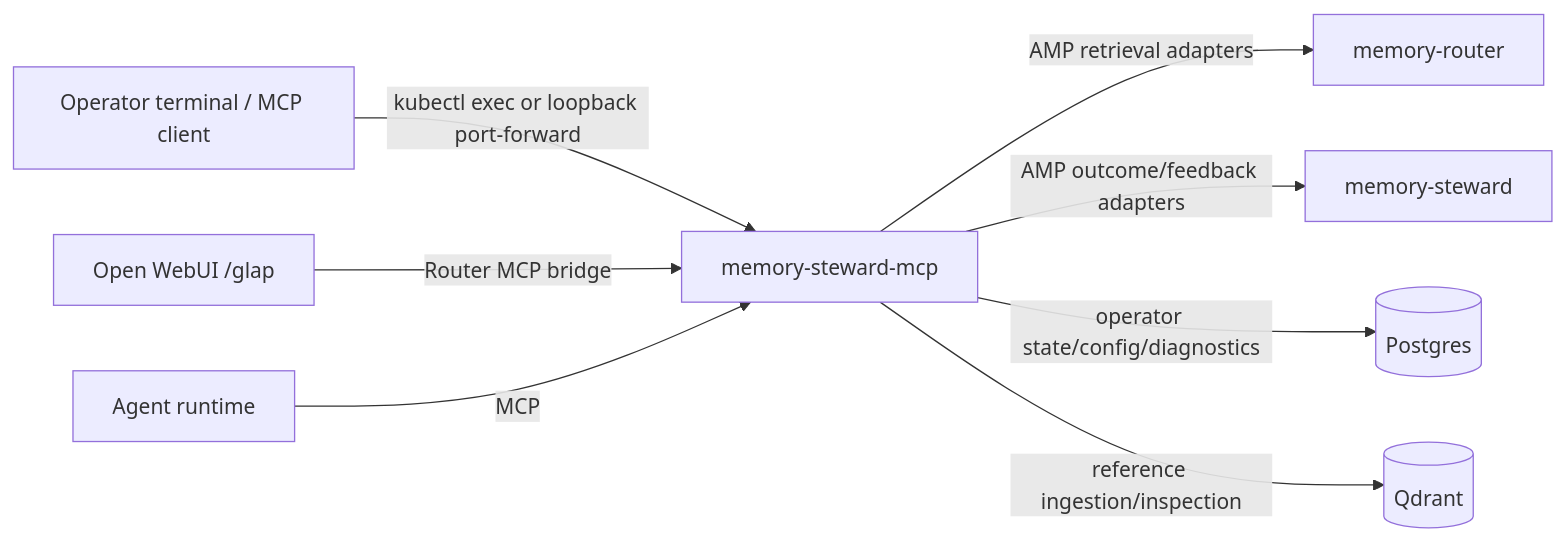
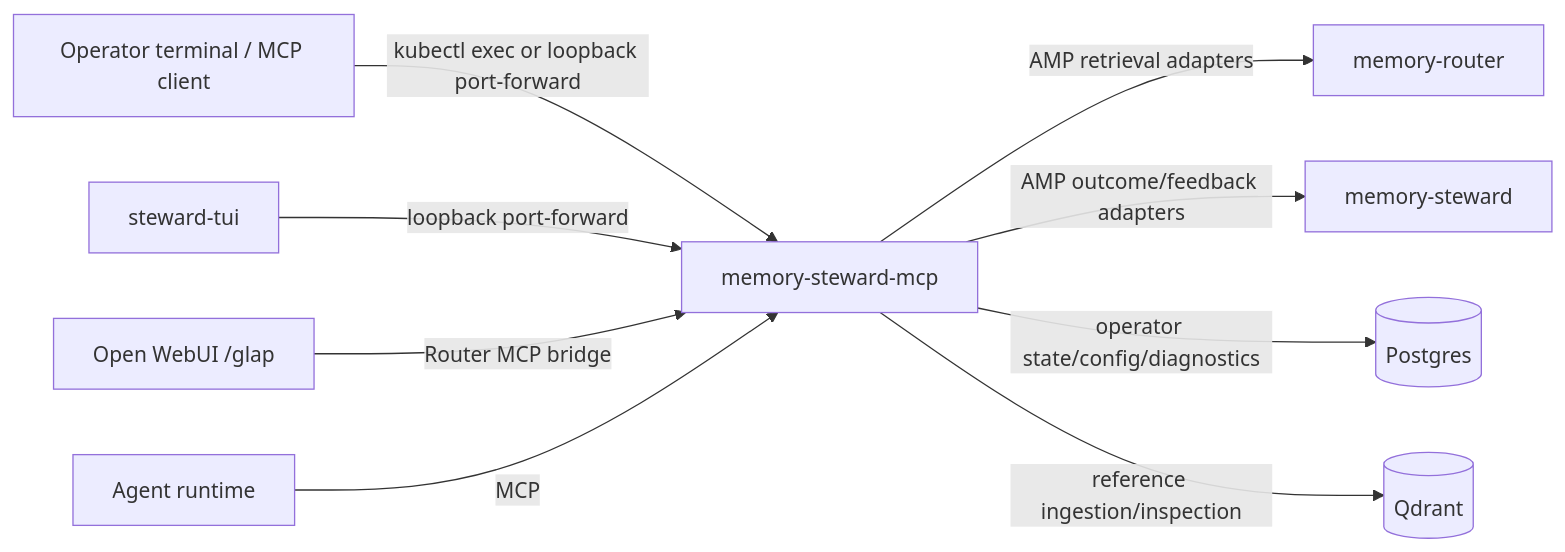
One commit to homel-dev/memory-steward changed the diagram in docs/07_glass_pane.md. Above: the diagram before and after it, drawn with Mermaid. The commit also changed other lines of this file and 9 other files, not shown here.

```diff
--- a/docs/07_glass_pane.md
+++ b/docs/07_glass_pane.md
@@ -39,19 +39,21 @@
 ~~~mermaid
 graph LR
     Operator[Operator terminal / MCP client]
+    TUI[steward-tui]
     WebUI[Open WebUI /glap]
     Agent[Agent runtime]
     MCP[memory-steward-mcp]
     Router[memory-router]
     Steward[memory-steward]
     PG[(Postgres)]
     Q[(Qdrant)]
 
     Operator -->|kubectl exec or loopback port-forward| MCP
+    TUI -->|loopback port-forward| MCP
     WebUI -->|Router MCP bridge| MCP
     Agent -->|MCP| MCP
     MCP -->|AMP retrieval adapters| Router
     MCP -->|AMP outcome/feedback adapters| Steward
     MCP -->|operator state/config/diagnostics| PG
     MCP -->|reference ingestion/inspection| Q
 ~~~
```
